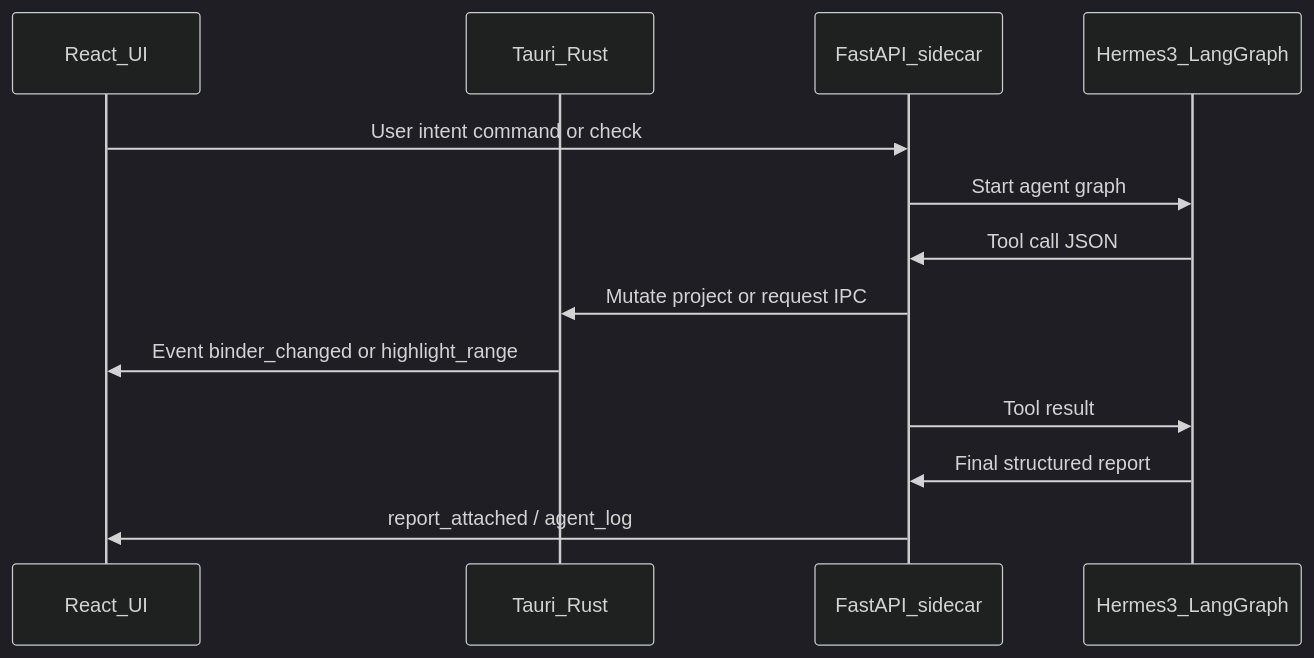
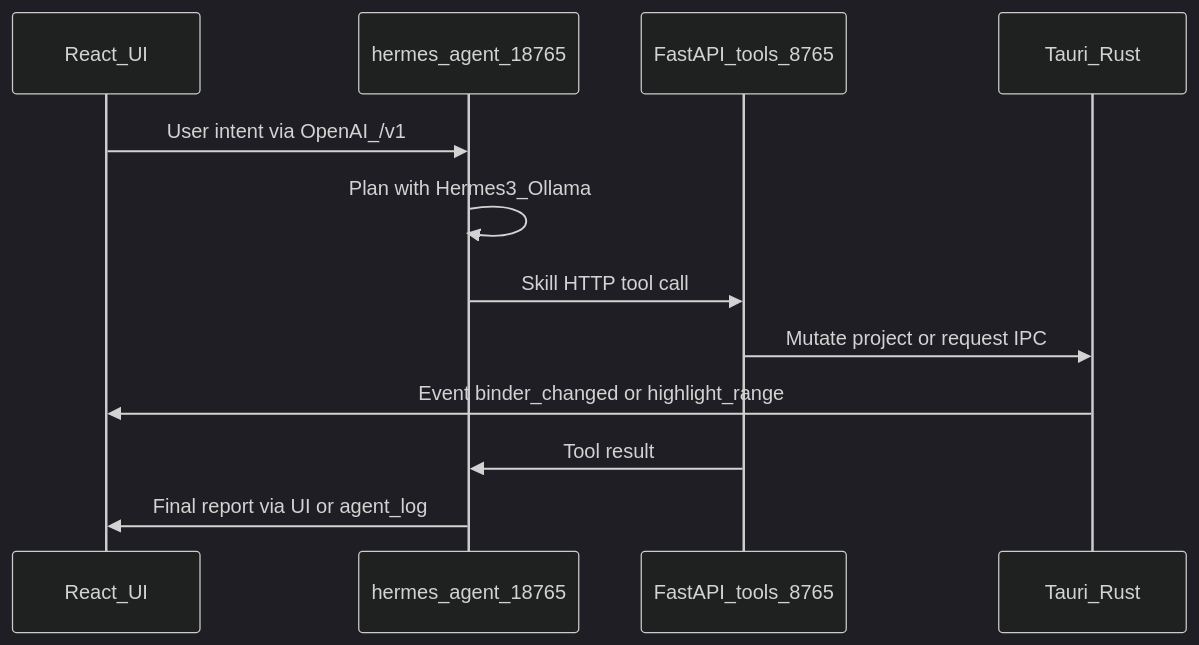
The diagram in docs/TOOLS.md (ksjpswaroop/AuthorsAssistant), drawn with Mermaid (dark theme) before and after one commit. The commit also changed other lines of this file and 146 other files, not shown here.

First line of the commit message:
Ship Phase 1 Tauri studio and lock hermes-agent as the agent runtime.

````diff
--- a/docs/TOOLS.md
+++ b/docs/TOOLS.md
@@ -90,16 +90,15 @@
 ```mermaid
 sequenceDiagram
   participant UI as React_UI
+  participant Hermes as hermes_agent_18765
+  participant GW as FastAPI_tools_8765
   participant Rust as Tauri_Rust
-  participant API as FastAPI_sidecar
-  participant Hermes as Hermes3_LangGraph
 
-  UI->>API: User intent command or check
-  API->>Hermes: Start agent graph
-  Hermes->>API: Tool call JSON
-  API->>Rust: Mutate project or request IPC
+  UI->>Hermes: User intent via OpenAI_/v1
+  Hermes->>Hermes: Plan with Hermes3_Ollama
+  Hermes->>GW: Skill HTTP tool call
+  GW->>Rust: Mutate project or request IPC
   Rust->>UI: Event binder_changed or highlight_range
-  API->>Hermes: Tool result
-  Hermes->>API: Final structured report
-  API->>UI: report_attached / agent_log
+  GW->>Hermes: Tool result
+  Hermes->>UI: Final report via UI or agent_log
 ```
````
